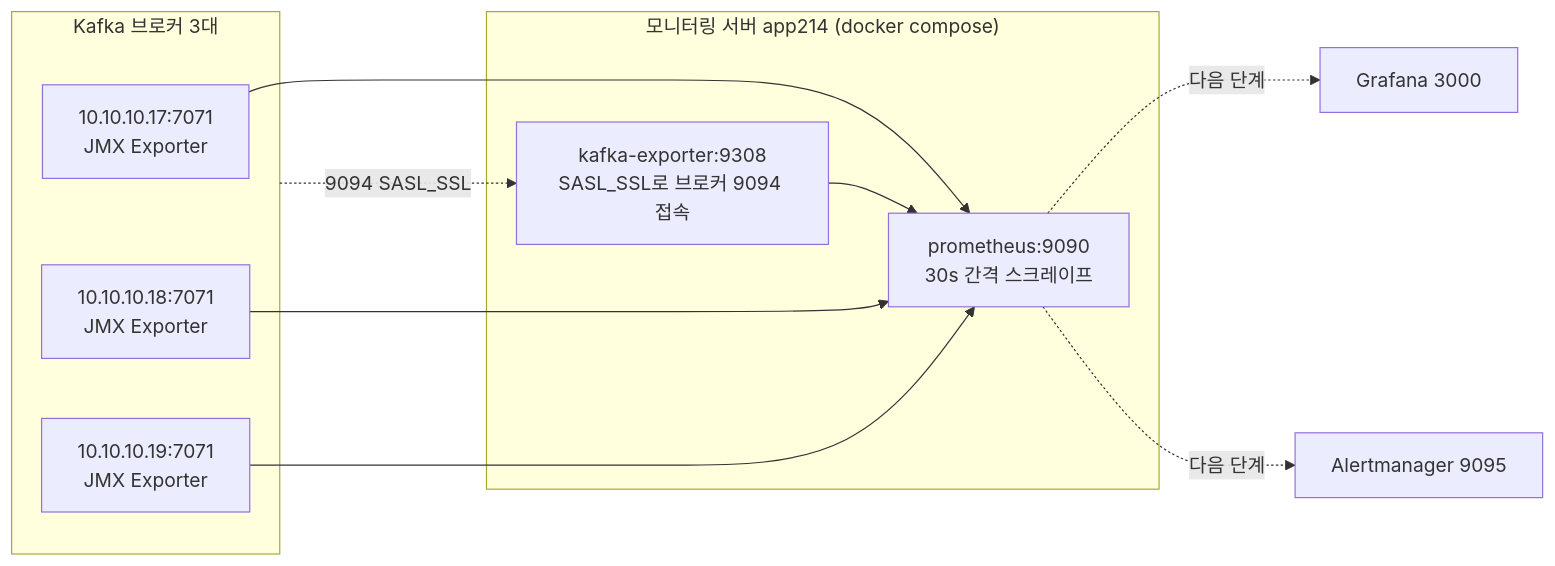
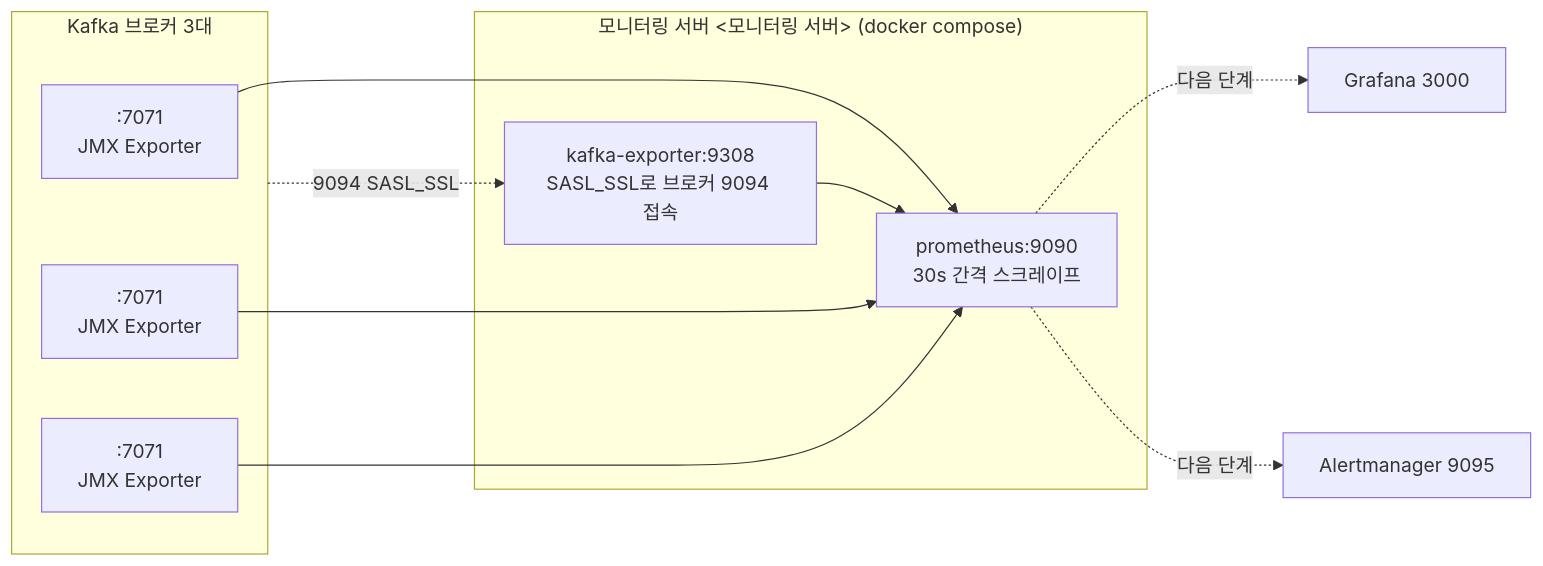
The diagram in docs/worklog/2026-09-09-kafka-prometheus-setup.md (kst13/devops-note), drawn with Mermaid before and after one commit. The commit also changed other lines of this file and 2 other files, not shown here.

````diff
--- a/docs/worklog/2026-09-09-kafka-prometheus-setup.md
+++ b/docs/worklog/2026-09-09-kafka-prometheus-setup.md
@@ -7,19 +7,19 @@
 ```mermaid
 flowchart LR
   subgraph brokers["Kafka 브로커 3대"]
-    b1["10.10.10.17:7071<br/>JMX Exporter"]
-    b2["10.10.10.18:7071<br/>JMX Exporter"]
-    b3["10.10.10.19:7071<br/>JMX Exporter"]
+    b1["<BROKER1_IP>:7071<br/>JMX Exporter"]
+    b2["<BROKER2_IP>:7071<br/>JMX Exporter"]
+    b3["<BROKER3_IP>:7071<br/>JMX Exporter"]
   end
-  subgraph mon["모니터링 서버 app214 (docker compose)"]
+  subgraph mon["모니터링 서버 <모니터링 서버> (docker compose)"]
     ke["kafka-exporter:9308<br/>SASL_SSL로 브로커 9094 접속"]
     prom["prometheus:9090<br/>30s 간격 스크레이프"]
   end
   b1 --> prom
   b2 --> prom
   b3 --> prom
   brokers -. "9094 SASL_SSL" .-> ke
   ke --> prom
   prom -. "다음 단계" .-> grafana["Grafana 3000"]
   prom -. "다음 단계" .-> am["Alertmanager 9095"]
 ```
````
